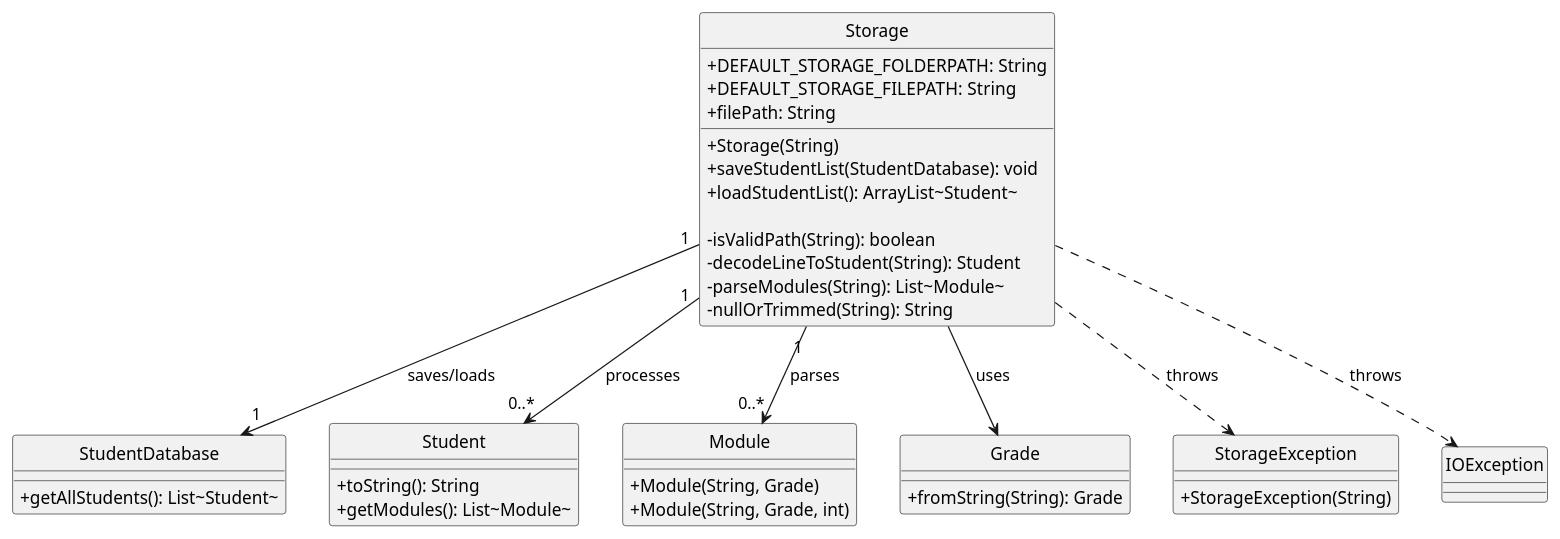
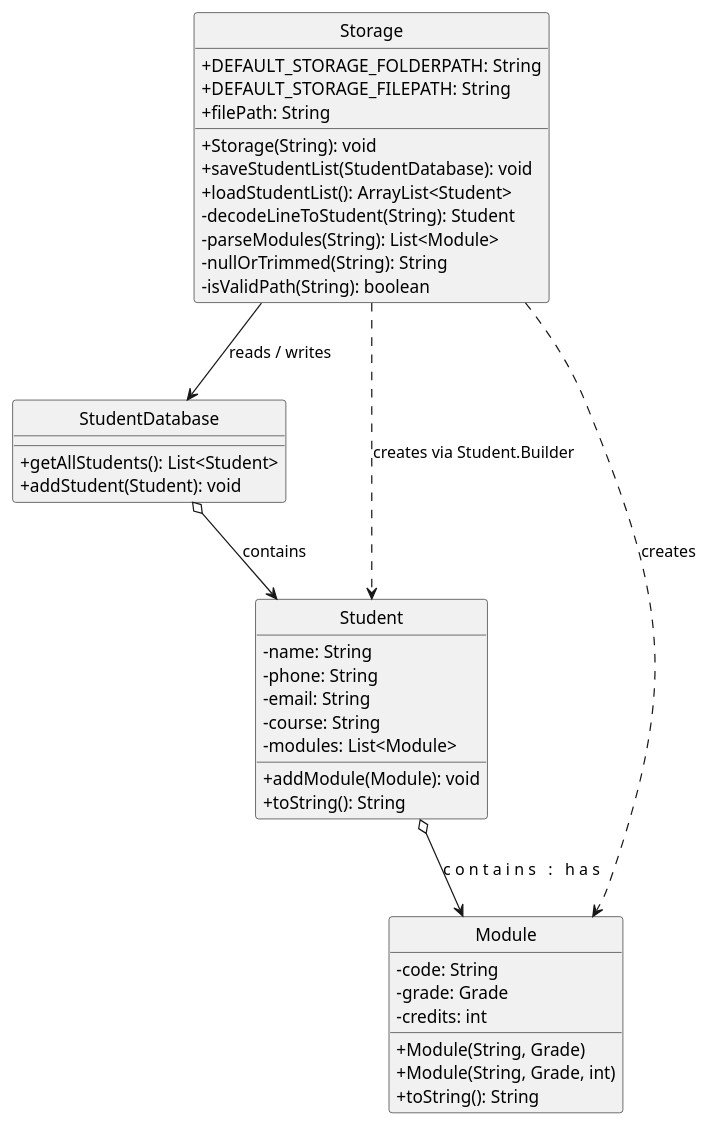
One commit to AY2526S2-CS2113-T11-4/tp changed the diagram in docs/diagrams/StorageClassDiagram.puml. Above: the diagram before and after it, drawn with PlantUML. The commit also changed 1 other file, not shown here.

```diff
--- a/docs/diagrams/StorageClassDiagram.puml
+++ b/docs/diagrams/StorageClassDiagram.puml
@@ -1,51 +1,48 @@
 @startuml StorageClassDiagram
 skinparam classAttributeIconSize 0
 skinparam style strictuml
 
 class Storage {
-    +DEFAULT_STORAGE_FOLDERPATH: String
-    +DEFAULT_STORAGE_FILEPATH: String
-    +filePath: String
-
-    +Storage(String)
-    +saveStudentList(StudentDatabase): void
-    +loadStudentList(): ArrayList~Student~
-
-    -isValidPath(String): boolean
-    -decodeLineToStudent(String): Student
-    -parseModules(String): List~Module~
-    -nullOrTrimmed(String): String
+    + DEFAULT_STORAGE_FOLDERPATH: String
+    + DEFAULT_STORAGE_FILEPATH: String
+    + filePath: String
+    + Storage(String): void
+    + saveStudentList(StudentDatabase): void
+    + loadStudentList(): ArrayList<Student>
+    - decodeLineToStudent(String): Student
+    - parseModules(String): List<Module>
+    - nullOrTrimmed(String): String
+    - isValidPath(String): boolean
 }
 
 class StudentDatabase {
-    +getAllStudents(): List~Student~
+    + getAllStudents(): List<Student>
+    + addStudent(Student): void
 }
 
 class Student {
-    +toString(): String
-    +getModules(): List~Module~
+    - name: String
+    - phone: String
+    - email: String
+    - course: String
+    - modules: List<Module>
+    + addModule(Module): void
+    + toString(): String
 }
 
 class Module {
-    +Module(String, Grade)
-    +Module(String, Grade, int)
+    - code: String
+    - grade: Grade
+    - credits: int
+    + Module(String, Grade)
+    + Module(String, Grade, int)
+    + toString(): String
 }
 
-class Grade {
-    +fromString(String): Grade
-}
-
-class StorageException {
-    +StorageException(String)
-}
-
-' Relationships
-Storage "1" --> "1" StudentDatabase : saves/loads
-Storage "1" --> "0..*" Student : processes
-Storage "1" --> "0..*" Module : parses
-Storage  -->  Grade : uses
-
-Storage  ..>  StorageException : throws
-Storage  ..>  IOException : throws
+Storage --> StudentDatabase       : reads / writes
+Storage ..> Student               : creates via Student.Builder
+Storage ..> Module                : creates
+StudentDatabase o--> Student      : contains
+Student o--> Module               : contains              : has
 
 @enduml
```
